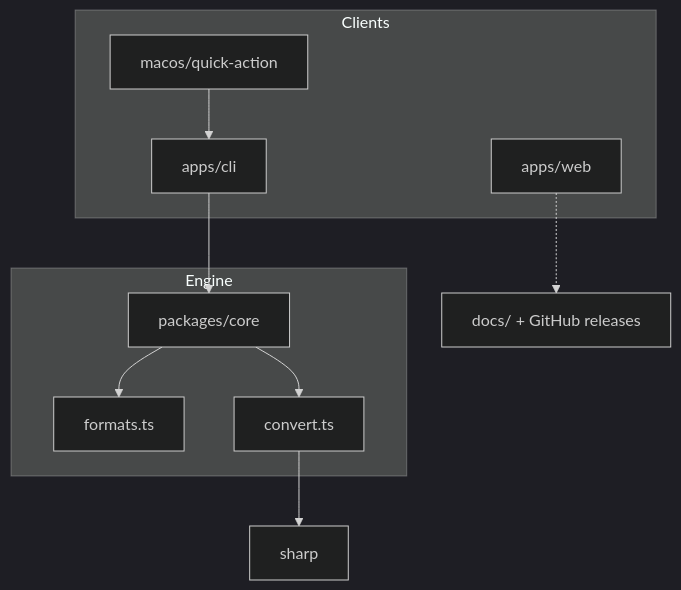
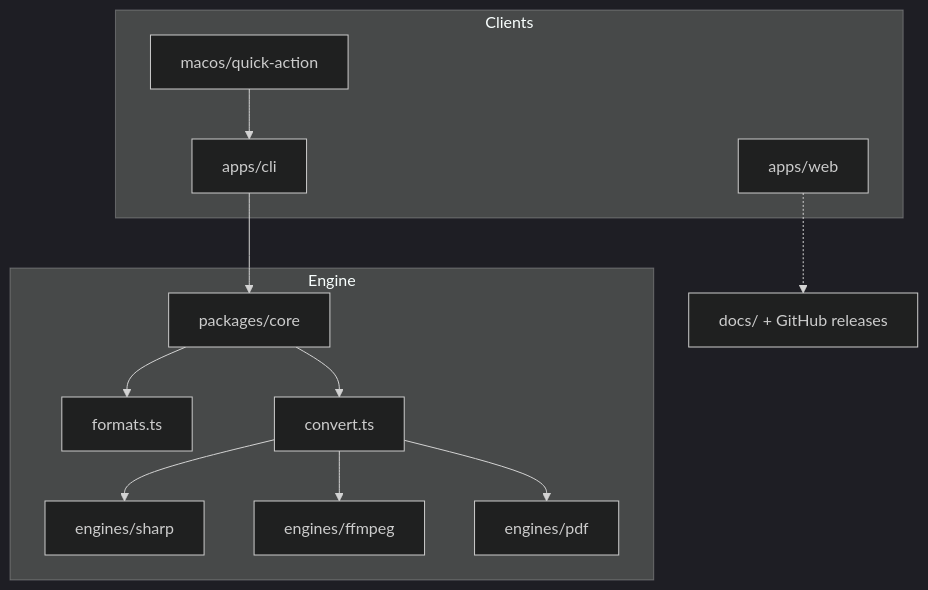
Before and after one commit to smeltery/convrt: the diagram in docs/architecture/README.md, drawn with Mermaid (dark theme). The commit also changed other lines of this file and 20 other files, not shown here.

First line of the commit message:
feat: convert video, audio, and PDF via engine router

````diff
--- a/docs/architecture/README.md
+++ b/docs/architecture/README.md
@@ -3,21 +3,26 @@
 ```mermaid
 flowchart TB
   subgraph clients [Clients]
     web["apps/web"]
     cli["apps/cli"]
     qa["macos/quick-action"]
   end
 
   subgraph engine [Engine]
     core["packages/core"]
     formats["formats.ts"]
     convert["convert.ts"]
+    sharpE["engines/sharp"]
+    ffmpegE["engines/ffmpeg"]
+    pdfE["engines/pdf"]
   end
 
   qa --> cli
   cli --> core
   core --> formats
   core --> convert
-  convert --> sharp["sharp"]
+  convert --> sharpE
+  convert --> ffmpegE
+  convert --> pdfE
   web -.-> docs["docs/ + GitHub releases"]
 ```
````
